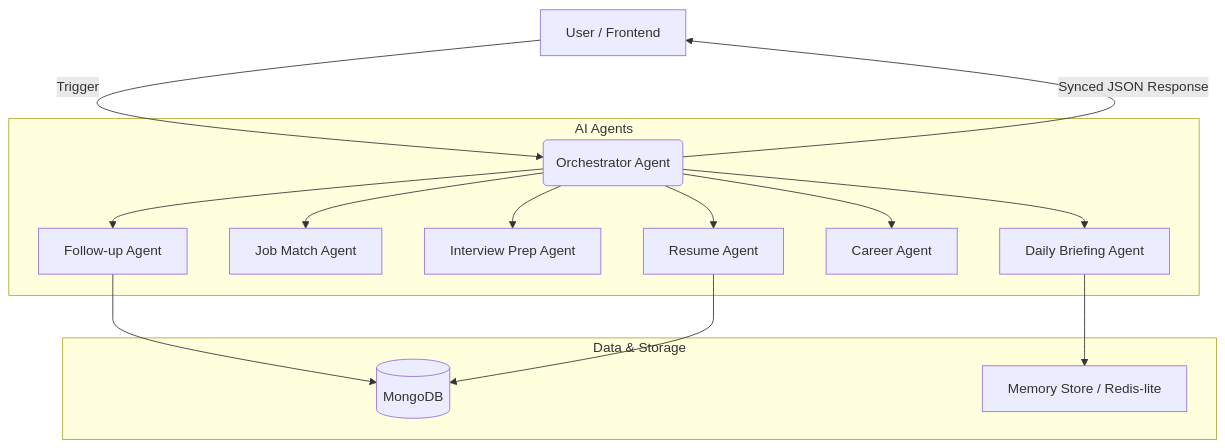
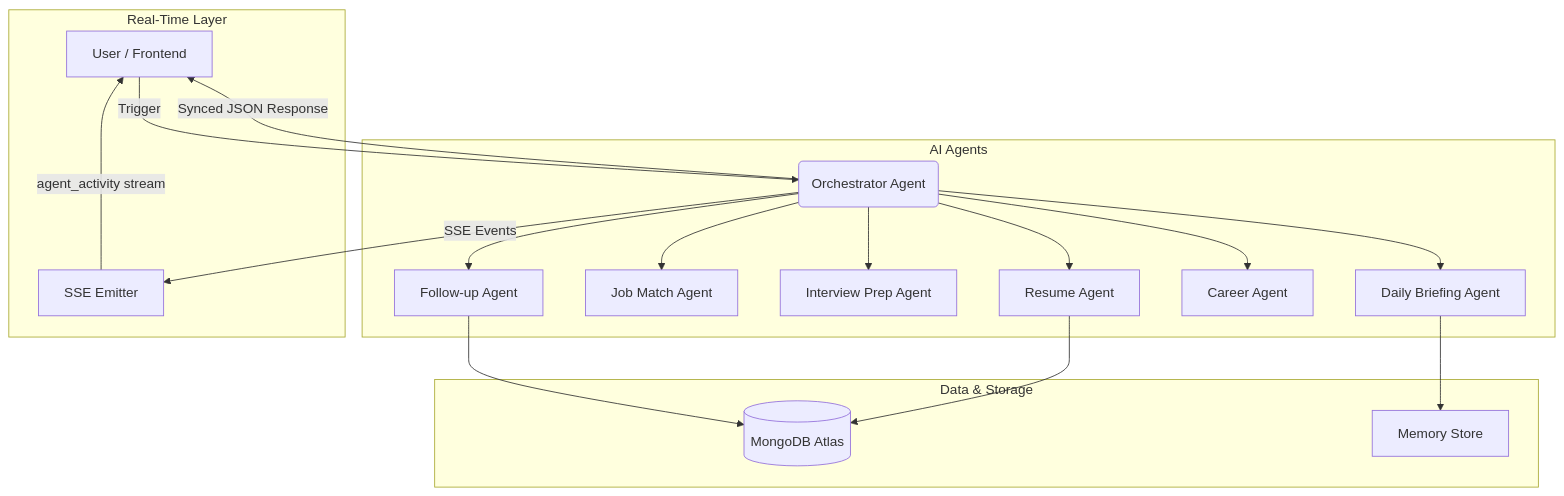
One commit to Sukesh-2006-cse/Job_Assistent changed the first of 7 diagrams in README.md. Above: the diagram before and after it, drawn with Mermaid. The commit also changed other lines of this file and 19 other files, not shown here.

````diff
--- a/README.md
+++ b/README.md
@@ -12,21 +12,26 @@
 ```mermaid
 graph TD
     A[User / Frontend] -->|Trigger| B(Orchestrator Agent)
-    
+
     subgraph AI Agents
         B --> C[Follow-up Agent]
         B --> D[Job Match Agent]
         B --> E[Interview Prep Agent]
         B --> F[Resume Agent]
         B --> G[Career Agent]
         B --> H[Daily Briefing Agent]
     end
-    
+
     subgraph Data & Storage
-        C --> I[(MongoDB)]
+        C --> I[(MongoDB Atlas)]
         F --> I
-        H --> K[Memory Store / Redis-lite]
+        H --> K[Memory Store]
     end
-    
+
+    subgraph Real-Time Layer
+        B -->|SSE Events| L[SSE Emitter]
+        L -->|agent_activity stream| A
+    end
+
     B -->|Synced JSON Response| A
 ```
````
